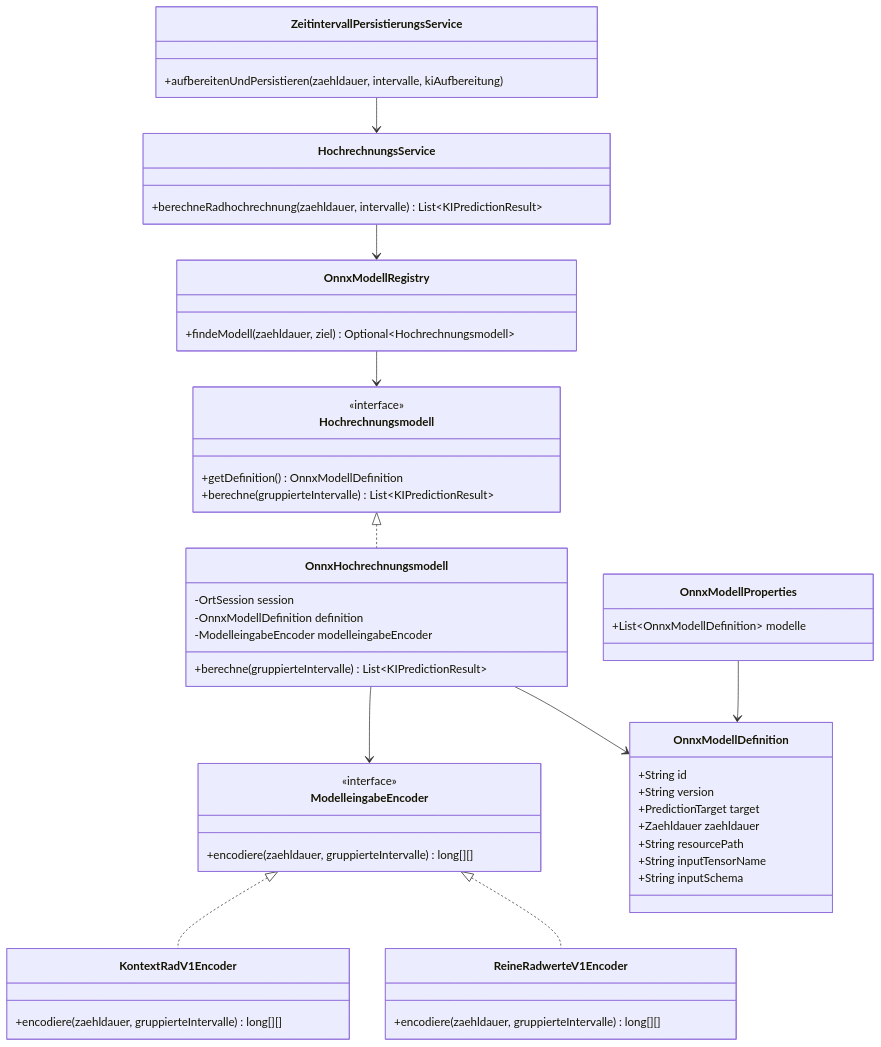
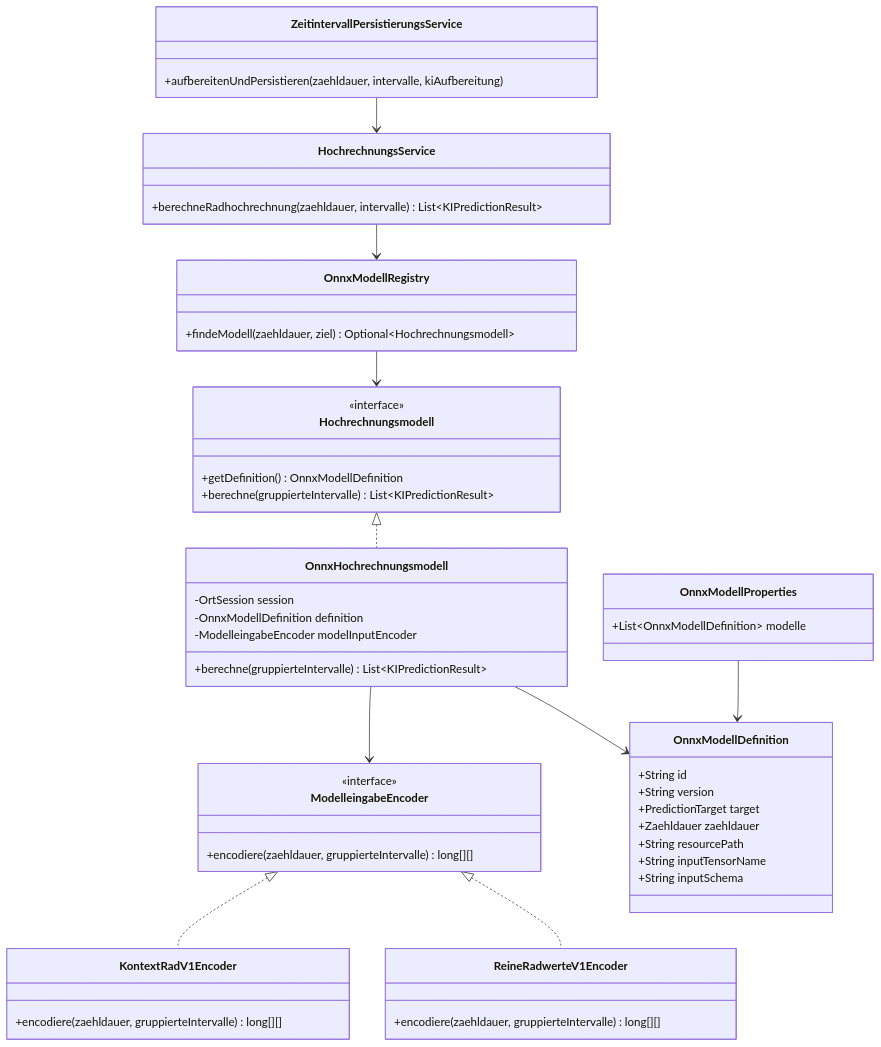
Before and after one commit to it-at-m/dave-backend: the diagram in docs/plan-ki-rad-hochrechnung-13h-16h.md, drawn with Mermaid. The commit also changed 23 other files, not shown here.

````diff
--- a/docs/plan-ki-rad-hochrechnung-13h-16h.md
+++ b/docs/plan-ki-rad-hochrechnung-13h-16h.md
@@ -41,64 +41,64 @@
 ```mermaid
 classDiagram
     class ZeitintervallPersistierungsService {
         +aufbereitenUndPersistieren(zaehldauer, intervalle, kiAufbereitung)
     }
 
     class HochrechnungsService {
         +berechneRadhochrechnung(zaehldauer, intervalle) List~KIPredictionResult~
     }
 
     class OnnxModellRegistry {
         +findeModell(zaehldauer, ziel) Optional~Hochrechnungsmodell~
     }
 
     class Hochrechnungsmodell {
         <<interface>>
         +getDefinition() OnnxModellDefinition
         +berechne(gruppierteIntervalle) List~KIPredictionResult~
     }
 
     class OnnxHochrechnungsmodell {
         -OrtSession session
         -OnnxModellDefinition definition
-        -ModelleingabeEncoder modelleingabeEncoder
+        -ModelleingabeEncoder modelInputEncoder
         +berechne(gruppierteIntervalle) List~KIPredictionResult~
     }
 
     class ModelleingabeEncoder {
         <<interface>>
         +encodiere(zaehldauer, gruppierteIntervalle) long[][]
     }
 
     class KontextRadV1Encoder {
         +encodiere(zaehldauer, gruppierteIntervalle) long[][]
     }
 
     class ReineRadwerteV1Encoder {
         +encodiere(zaehldauer, gruppierteIntervalle) long[][]
     }
 
     class OnnxModellDefinition {
         +String id
         +String version
         +PredictionTarget target
         +Zaehldauer zaehldauer
         +String resourcePath
         +String inputTensorName
         +String inputSchema
     }
 
     class OnnxModellProperties {
         +List~OnnxModellDefinition~ modelle
     }
 
     ZeitintervallPersistierungsService --> HochrechnungsService
     HochrechnungsService --> OnnxModellRegistry
     OnnxModellRegistry --> Hochrechnungsmodell
     Hochrechnungsmodell <|.. OnnxHochrechnungsmodell
     OnnxHochrechnungsmodell --> OnnxModellDefinition
     OnnxHochrechnungsmodell --> ModelleingabeEncoder
     ModelleingabeEncoder <|.. KontextRadV1Encoder
     ModelleingabeEncoder <|.. ReineRadwerteV1Encoder
     OnnxModellProperties --> OnnxModellDefinition
 ```
````
